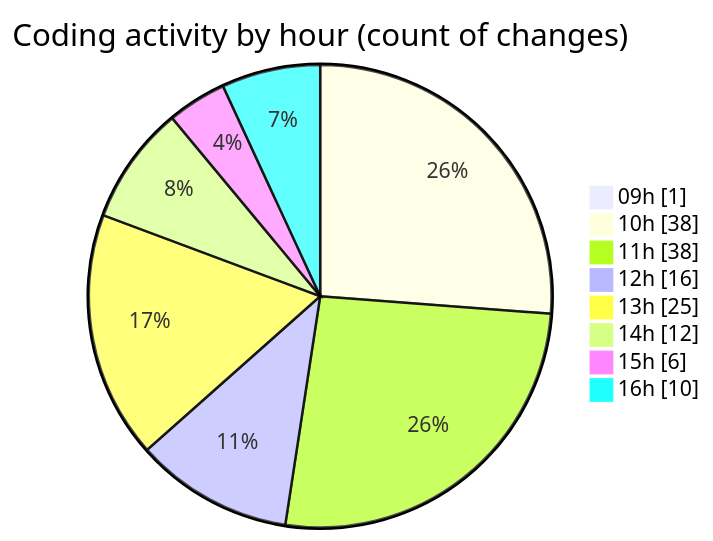
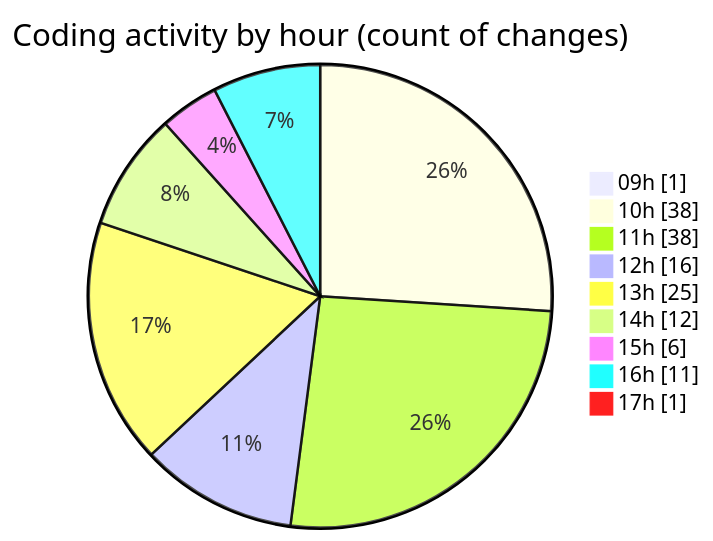
Before and after one commit to momahboobian/code-tracking: the second of 2 diagrams in 2026-01-07/cda/README.md, drawn with Mermaid. The commit also changed other lines of this file and 1 other file, not shown here.

````diff
--- a/2026-01-07/cda/README.md
+++ b/2026-01-07/cda/README.md
@@ -62,12 +62,13 @@
 ```mermaid
 pie showData
 title Coding activity by hour (count of changes)
 "09h" : 1
 "10h" : 38
 "11h" : 38
 "12h" : 16
 "13h" : 25
 "14h" : 12
 "15h" : 6
-"16h" : 10
+"16h" : 11
+"17h" : 1
 ```
````
